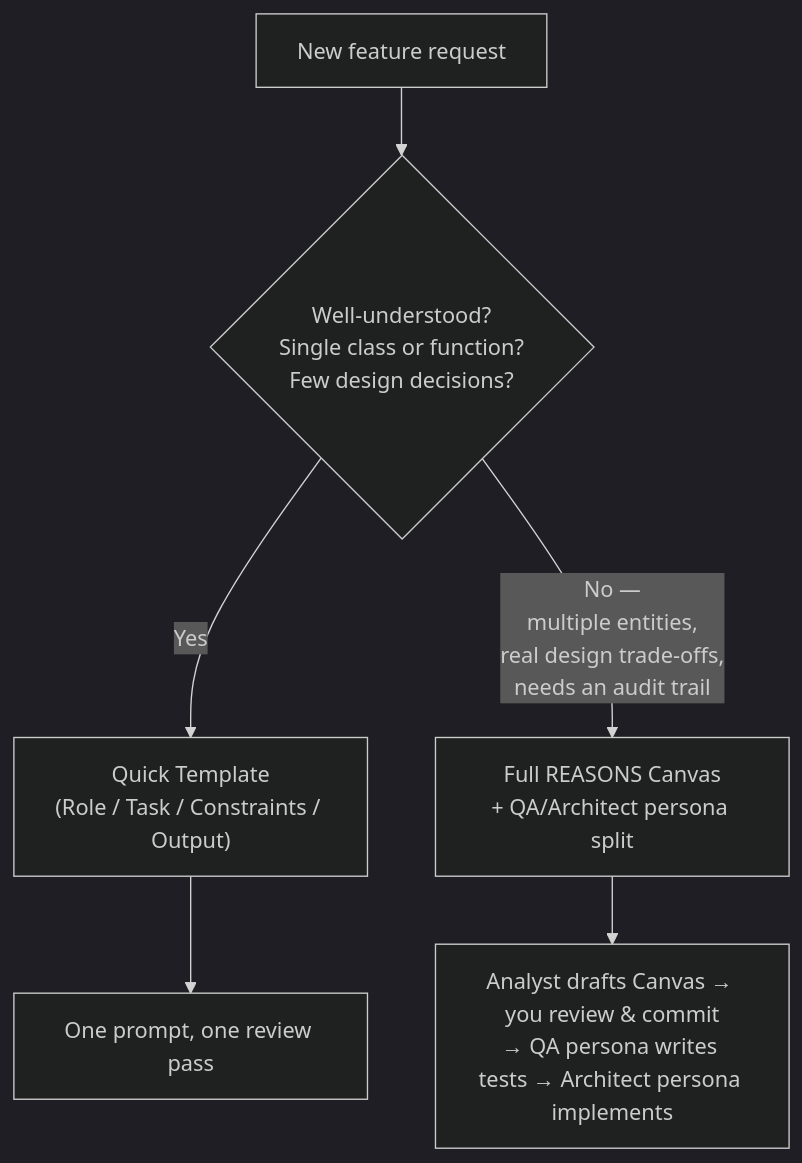
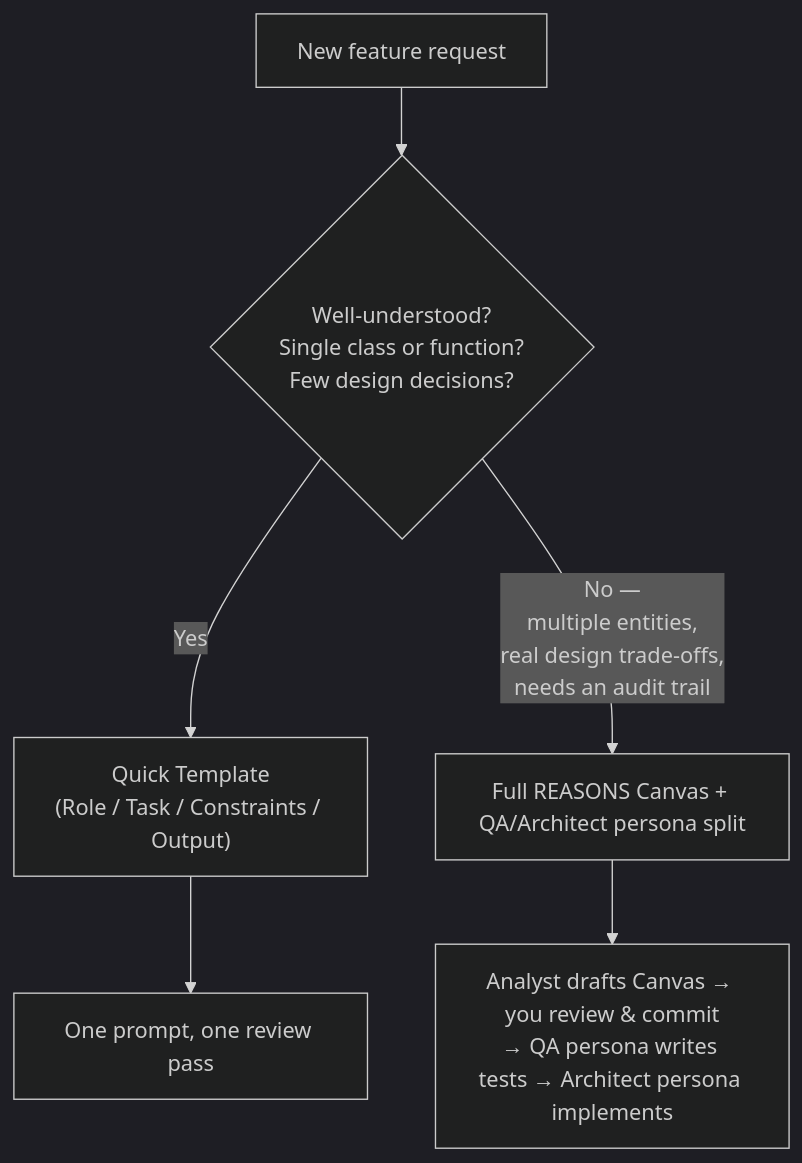
One commit to pravinyo/website changed the second of 2 diagrams in _posts/2026-09-07-prompting-code-review.md. Above: the diagram before and after it, drawn with Mermaid (dark theme).

````diff
--- a/_posts/2026-09-07-prompting-code-review.md
+++ b/_posts/2026-09-07-prompting-code-review.md
@@ -143,16 +143,15 @@
 ```mermaid
 graph TD
     A["New feature request"] --> B{"Well-understood?
 Single class or function?
 Few design decisions?"}
     B -->|Yes| C["Quick Template
 (Role / Task / Constraints / Output)"]
     B -->|No —
 multiple entities,
 real design trade-offs,
-needs an audit trail| D["Full REASONS Canvas
-+ QA/Architect persona split"]
+needs an audit trail| D["Full REASONS Canvas + QA/Architect persona split"]
     C --> E["One prompt, one review pass"]
     D --> F["Analyst drafts Canvas → you review & commit
 → QA persona writes tests → Architect persona implements"]
 ```
````
